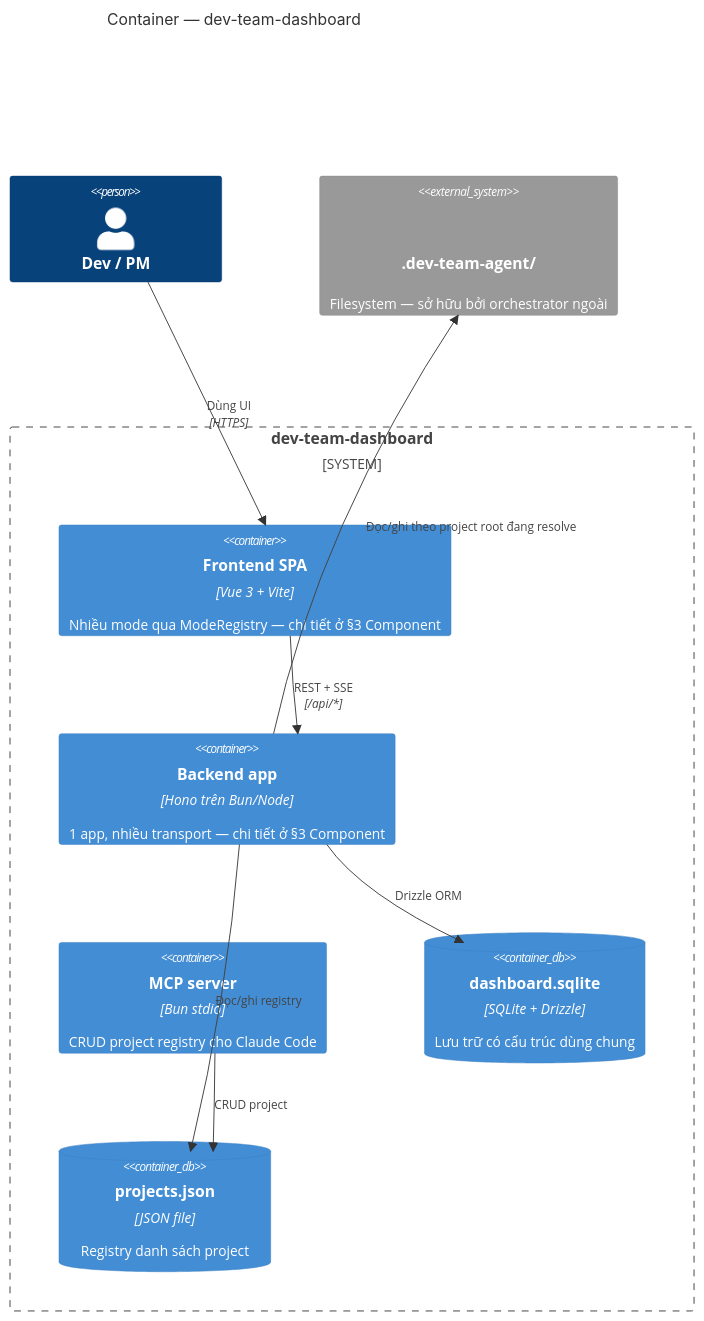
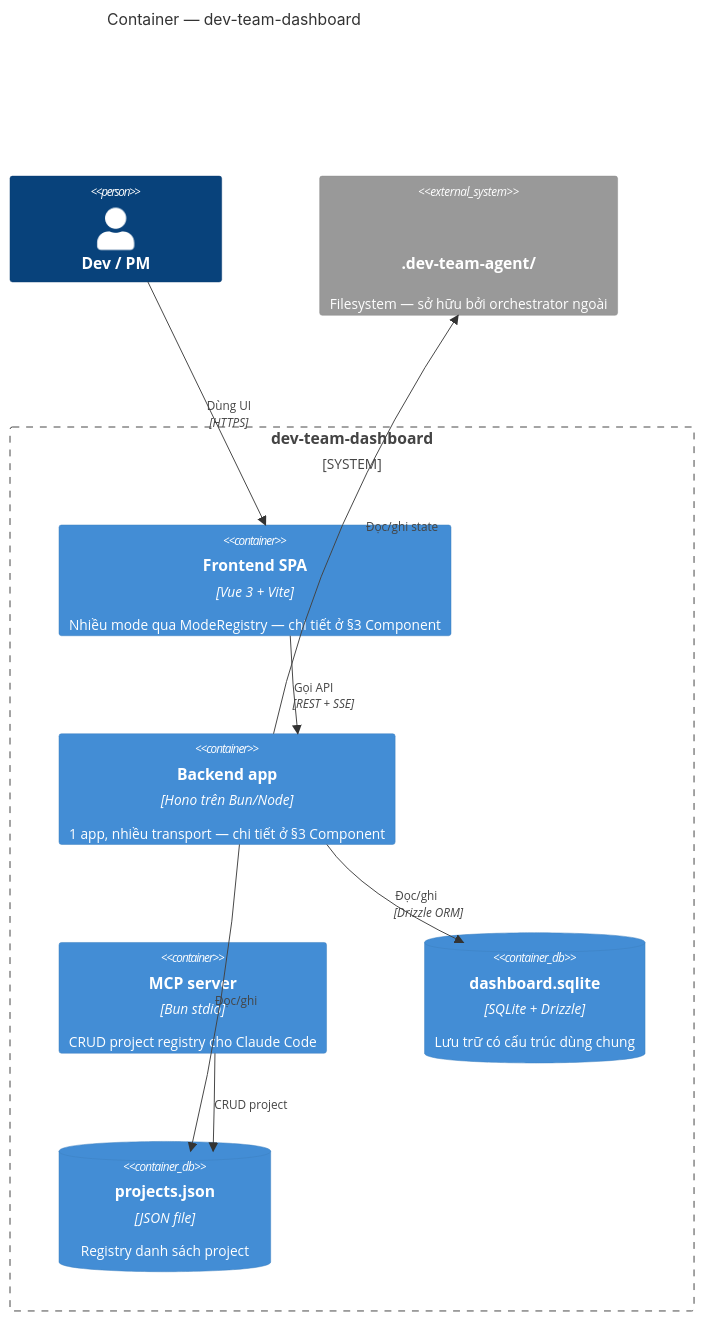
The second of 3 diagrams in docs/architecture/README.md (naut1402/agent-workflow), drawn with Mermaid before and after one commit. The commit also changed other lines of this file, not shown here.

Commit message:
docs(architecture): giảm cognitive load README kiến trúc

````diff
--- a/docs/architecture/README.md
+++ b/docs/architecture/README.md
@@ -46,20 +51,20 @@
 ```mermaid
 C4Container
   title Container — dev-team-dashboard
   Person(user, "Dev / PM")
   System_Boundary(dashboard, "dev-team-dashboard") {
     Container(spa, "Frontend SPA", "Vue 3 + Vite", "Nhiều mode qua ModeRegistry — chi tiết ở §3 Component")
     Container(backend, "Backend app", "Hono trên Bun/Node", "1 app, nhiều transport — chi tiết ở §3 Component")
     Container(mcp, "MCP server", "Bun stdio", "CRUD project registry cho Claude Code")
     ContainerDb(sqlite, "dashboard.sqlite", "SQLite + Drizzle", "Lưu trữ có cấu trúc dùng chung")
     ContainerDb(registryFile, "projects.json", "JSON file", "Registry danh sách project")
   }
   System_Ext(dataRoot, ".dev-team-agent/", "Filesystem — sở hữu bởi orchestrator ngoài", "state, artifact, config, knowledge")
 
   Rel(user, spa, "Dùng UI", "HTTPS")
-  Rel(spa, backend, "REST + SSE", "/api/*")
-  Rel(backend, dataRoot, "Đọc/ghi theo project root đang resolve")
-  Rel(backend, sqlite, "Drizzle ORM")
-  Rel(backend, registryFile, "Đọc/ghi registry")
+  Rel(spa, backend, "Gọi API", "REST + SSE")
+  Rel(backend, dataRoot, "Đọc/ghi state")
+  Rel(backend, sqlite, "Đọc/ghi", "Drizzle ORM")
+  Rel(backend, registryFile, "Đọc/ghi")
   Rel(mcp, registryFile, "CRUD project")
 ```
````
